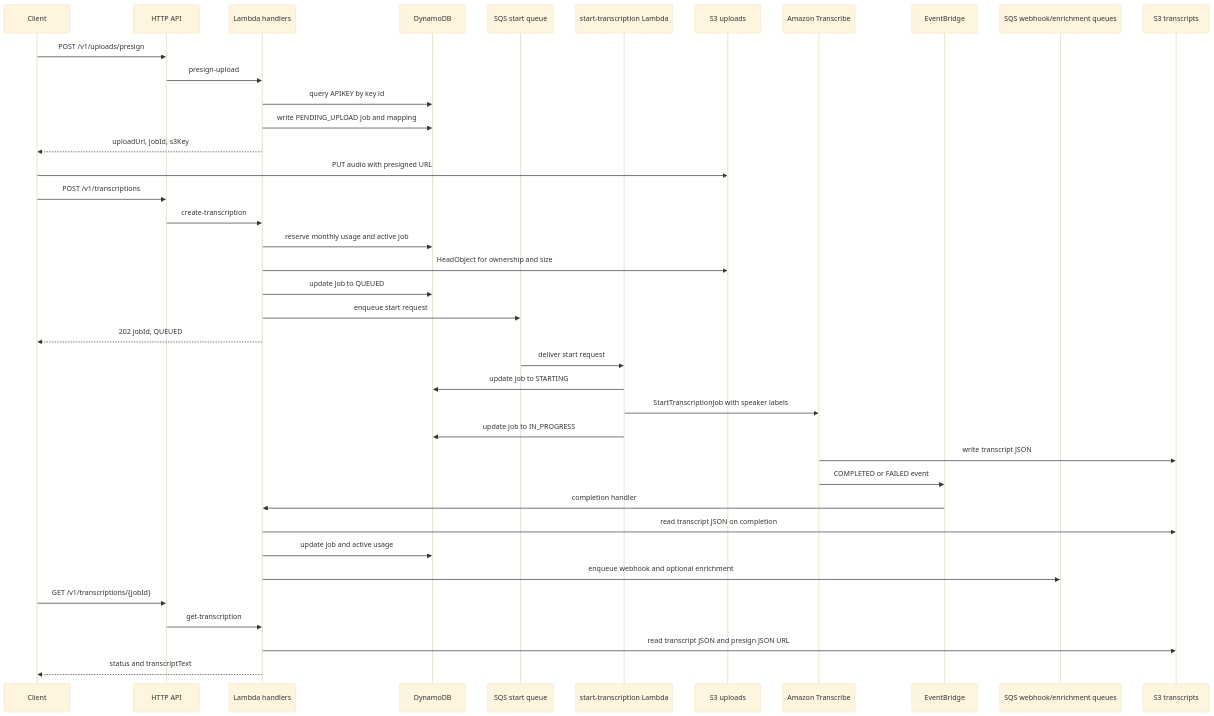
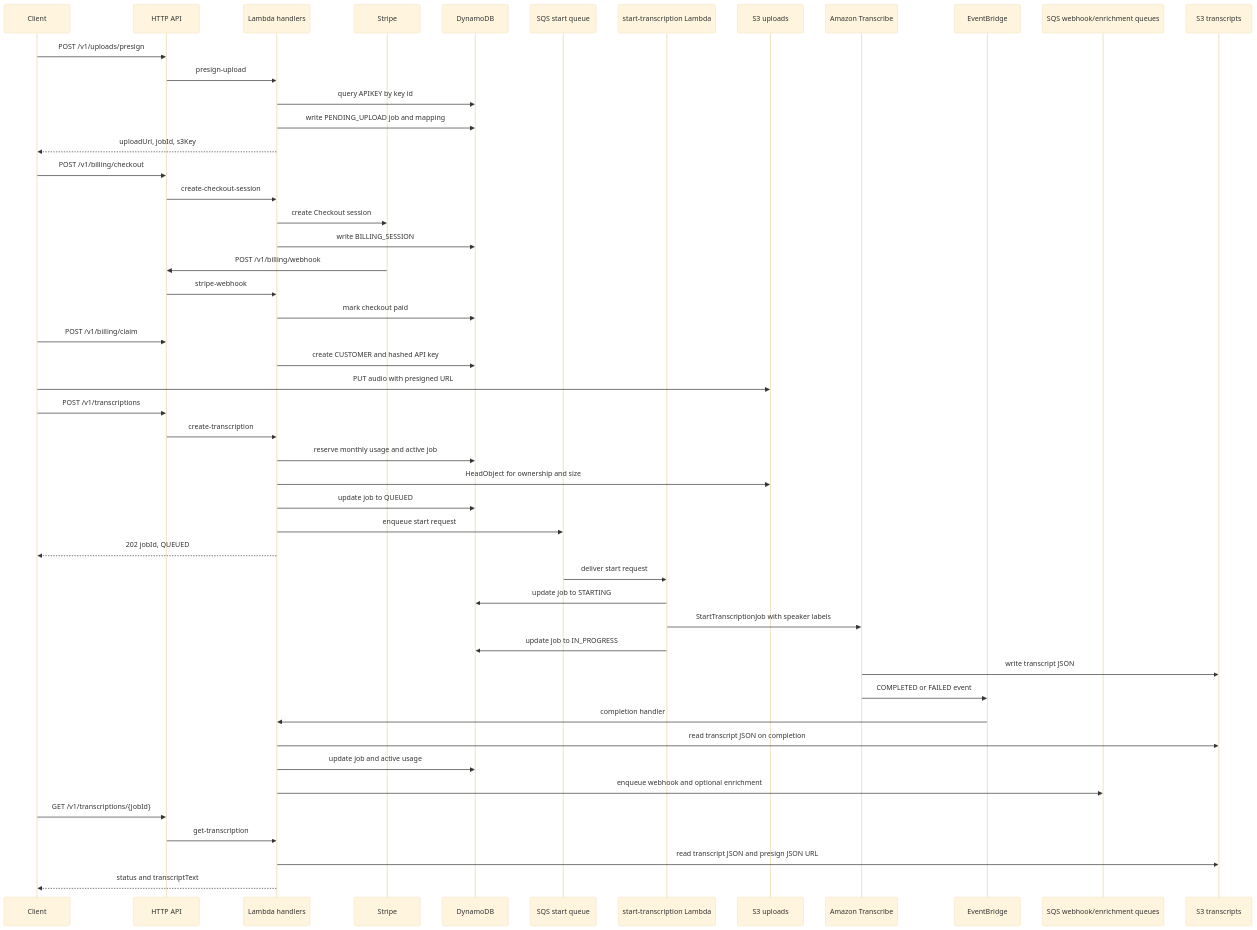
One commit to manynames3/super-transcriber-api changed the second of 2 diagrams in docs/architecture.md. Above: the diagram before and after it, drawn with Mermaid (base theme). The commit also changed other lines of this file and 28 other files, not shown here.

Commit message:
Add Stripe monetization flow

````diff
--- a/docs/architecture.md
+++ b/docs/architecture.md
@@ -46,42 +49,52 @@
 ```mermaid
 sequenceDiagram
   participant Client
   participant API as HTTP API
   participant Lambda as Lambda handlers
+  participant Stripe
   participant DDB as DynamoDB
   participant Q as SQS start queue
   participant Worker as start-transcription Lambda
   participant S3 as S3 uploads
   participant TX as Amazon Transcribe
   participant EB as EventBridge
   participant WQ as SQS webhook/enrichment queues
   participant Out as S3 transcripts
 
   Client->>API: POST /v1/uploads/presign
   API->>Lambda: presign-upload
   Lambda->>DDB: query APIKEY by key id
   Lambda->>DDB: write PENDING_UPLOAD job and mapping
   Lambda-->>Client: uploadUrl, jobId, s3Key
+  Client->>API: POST /v1/billing/checkout
+  API->>Lambda: create-checkout-session
+  Lambda->>Stripe: create Checkout session
+  Lambda->>DDB: write BILLING_SESSION
+  Stripe->>API: POST /v1/billing/webhook
+  API->>Lambda: stripe-webhook
+  Lambda->>DDB: mark checkout paid
+  Client->>API: POST /v1/billing/claim
+  Lambda->>DDB: create CUSTOMER and hashed API key
   Client->>S3: PUT audio with presigned URL
   Client->>API: POST /v1/transcriptions
   API->>Lambda: create-transcription
   Lambda->>DDB: reserve monthly usage and active job
   Lambda->>S3: HeadObject for ownership and size
   Lambda->>DDB: update job to QUEUED
   Lambda->>Q: enqueue start request
   Lambda-->>Client: 202 jobId, QUEUED
   Q->>Worker: deliver start request
   Worker->>DDB: update job to STARTING
   Worker->>TX: StartTranscriptionJob with speaker labels
   Worker->>DDB: update job to IN_PROGRESS
   TX->>Out: write transcript JSON
   TX->>EB: COMPLETED or FAILED event
   EB->>Lambda: completion handler
   Lambda->>Out: read transcript JSON on completion
   Lambda->>DDB: update job and active usage
   Lambda->>WQ: enqueue webhook and optional enrichment
   Client->>API: GET /v1/transcriptions/{jobId}
   API->>Lambda: get-transcription
   Lambda->>Out: read transcript JSON and presign JSON URL
   Lambda-->>Client: status and transcriptText
 ```
````
